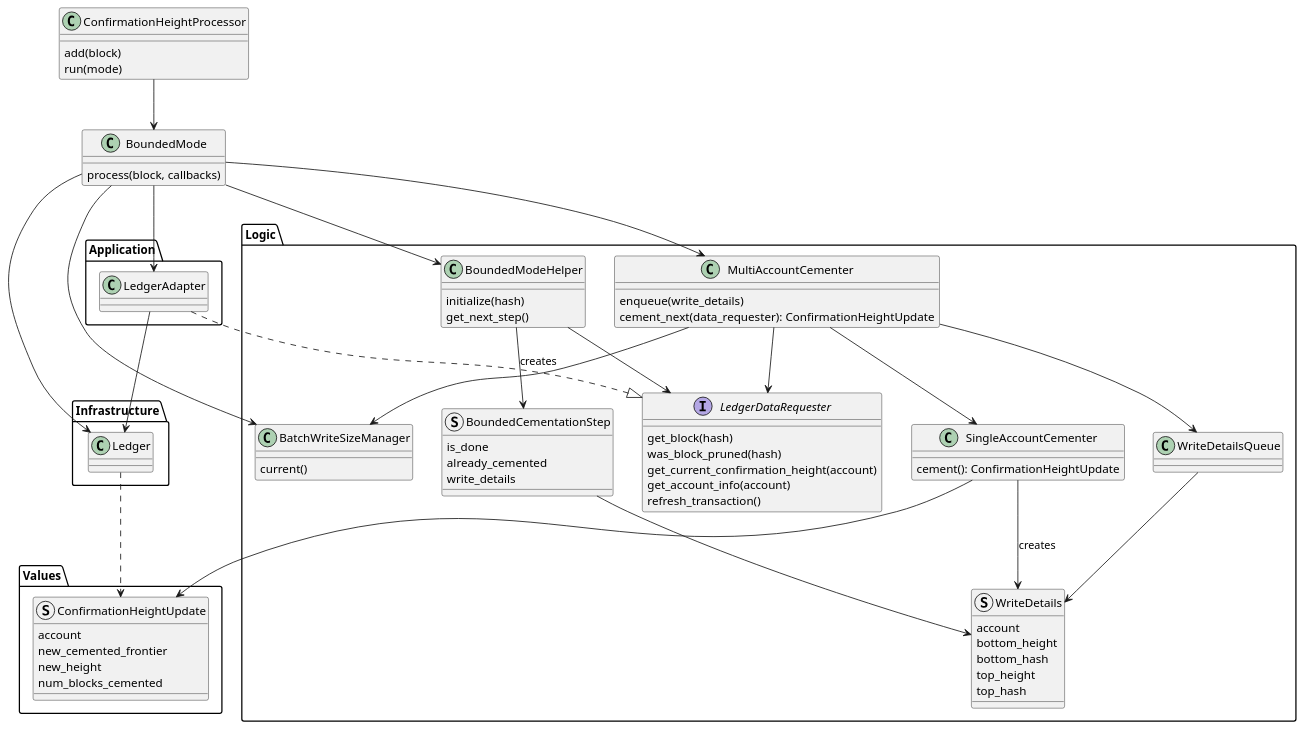
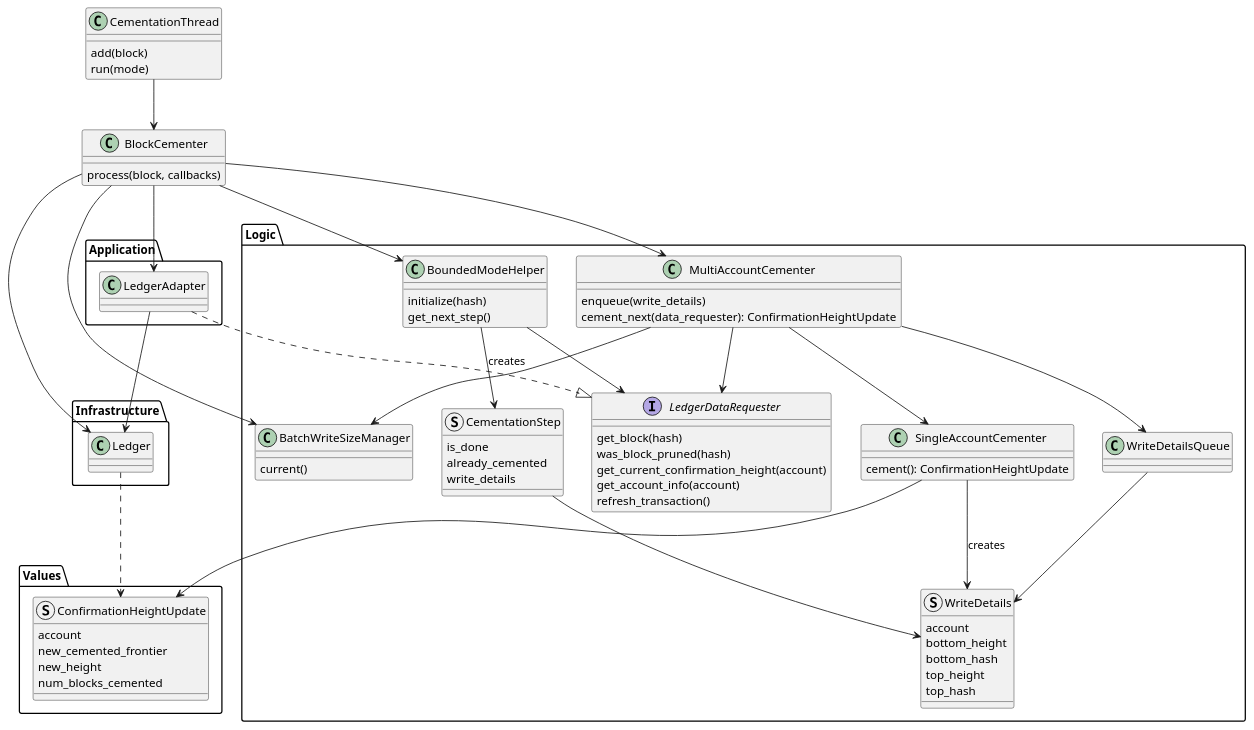
The diagram in rust/doc/cementing.puml (stjet/rsban-node), drawn with PlantUML before and after one commit. The commit also changed 6 other files, not shown here.

Commit message:
Refactor block cementation

```diff
--- a/rust/doc/cementing.puml
+++ b/rust/doc/cementing.puml
@@ -1,98 +1,98 @@
 @startuml "Confirmation Height"
-class BoundedMode{
+class BlockCementer{
     process(block, callbacks)
 }
 
-class ConfirmationHeightProcessor{
+class CementationThread{
     add(block)
     run(mode)
 }
 
 package "Infrastructure" {
     class Ledger
 }
 
 package "Logic"{
     struct WriteDetails{
         account
         bottom_height
         bottom_hash
         top_height
         top_hash
     }
     class WriteDetailsQueue
 
     class SingleAccountCementer {
         cement(): ConfirmationHeightUpdate
     }
     class MultiAccountCementer {
         enqueue(write_details)
         cement_next(data_requester): ConfirmationHeightUpdate
     }
     class BatchWriteSizeManager {
         current()
     }
 
     interface LedgerDataRequester{
         get_block(hash)
         was_block_pruned(hash)
         get_current_confirmation_height(account)
         get_account_info(account)
         refresh_transaction()
     }
 
-    struct BoundedCementationStep{
+    struct CementationStep{
         is_done
         already_cemented
         write_details
     }
 
     class BoundedModeHelper{
         initialize(hash)
         get_next_step()
     }
 
 }
 
 package "Values"{
     struct ConfirmationHeightUpdate{
         account
         new_cemented_frontier
         new_height
         num_blocks_cemented
     }
 }
 
 package "Application"{
     class LedgerAdapter
 }
 
 Ledger ..> ConfirmationHeightUpdate
 
-BoundedMode --> Ledger
-BoundedMode --> MultiAccountCementer
-BoundedMode --> BatchWriteSizeManager
-BoundedMode --> LedgerAdapter
-BoundedMode --> BoundedModeHelper
+BlockCementer --> Ledger
+BlockCementer --> MultiAccountCementer
+BlockCementer --> BatchWriteSizeManager
+BlockCementer --> LedgerAdapter
+BlockCementer --> BoundedModeHelper
 
-BoundedModeHelper --> BoundedCementationStep: creates
+BoundedModeHelper --> CementationStep: creates
 BoundedModeHelper --> LedgerDataRequester
 
-BoundedCementationStep --> WriteDetails
+CementationStep --> WriteDetails
 
 MultiAccountCementer --> SingleAccountCementer
 MultiAccountCementer --> BatchWriteSizeManager
 MultiAccountCementer --> WriteDetailsQueue
 MultiAccountCementer --> LedgerDataRequester
 
 SingleAccountCementer --> ConfirmationHeightUpdate
 SingleAccountCementer --> WriteDetails: creates
 
 WriteDetailsQueue --> WriteDetails
 
-ConfirmationHeightProcessor --> BoundedMode
+CementationThread --> BlockCementer
 
 LedgerAdapter ..|> LedgerDataRequester
 LedgerAdapter --> Ledger
 
 @enduml
```
